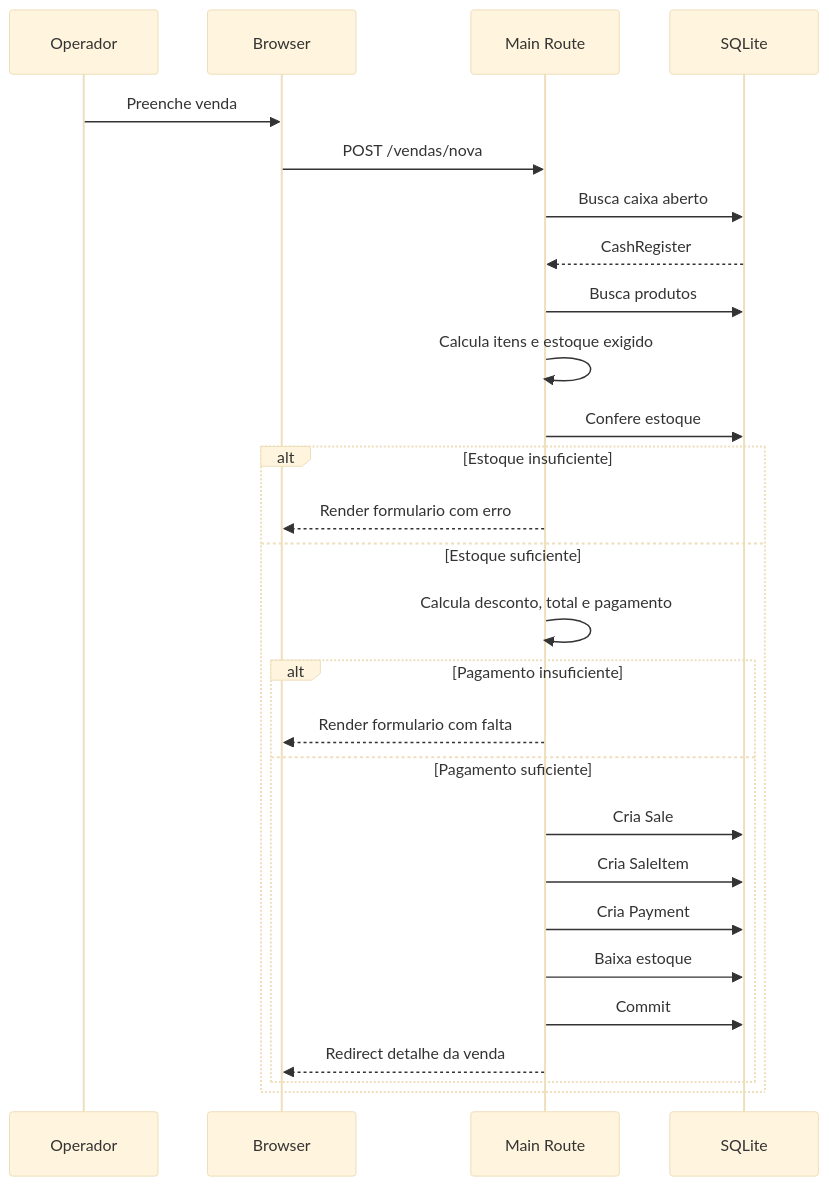
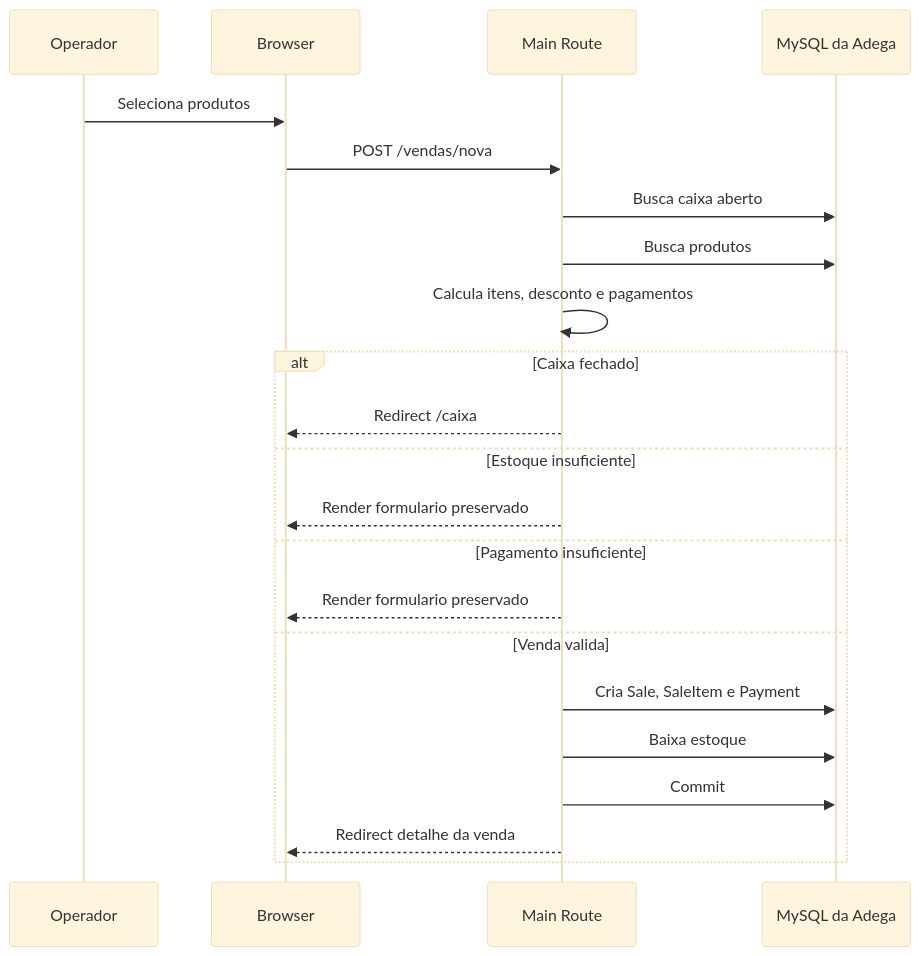
One commit to RafaelBG7/pdv2026 changed the third of 6 diagrams in docs/20-diagrama-sequencia.md. Above: the diagram before and after it, drawn with Mermaid (base theme). The commit also changed other lines of this file and 82 other files, not shown here.

````diff
--- a/docs/20-diagrama-sequencia.md
+++ b/docs/20-diagrama-sequencia.md
@@ -26,29 +49,24 @@
 ```mermaid
 sequenceDiagram
     participant U as Operador
     participant B as Browser
     participant R as Main Route
-    participant DB as SQLite
-    U->>B: Preenche venda
+    participant D as MySQL da Adega
+    U->>B: Seleciona produtos
     B->>R: POST /vendas/nova
-    R->>DB: Busca caixa aberto
-    DB-->>R: CashRegister
-    R->>DB: Busca produtos
-    R->>R: Calcula itens e estoque exigido
-    R->>DB: Confere estoque
-    alt Estoque insuficiente
-        R-->>B: Render formulario com erro
-    else Estoque suficiente
-        R->>R: Calcula desconto, total e pagamento
-        alt Pagamento insuficiente
-            R-->>B: Render formulario com falta
-        else Pagamento suficiente
-            R->>DB: Cria Sale
-            R->>DB: Cria SaleItem
-            R->>DB: Cria Payment
-            R->>DB: Baixa estoque
-            R->>DB: Commit
-            R-->>B: Redirect detalhe da venda
-        end
+    R->>D: Busca caixa aberto
+    R->>D: Busca produtos
+    R->>R: Calcula itens, desconto e pagamentos
+    alt Caixa fechado
+        R-->>B: Redirect /caixa
+    else Estoque insuficiente
+        R-->>B: Render formulario preservado
+    else Pagamento insuficiente
+        R-->>B: Render formulario preservado
+    else Venda valida
+        R->>D: Cria Sale, SaleItem e Payment
+        R->>D: Baixa estoque
+        R->>D: Commit
+        R-->>B: Redirect detalhe da venda
     end
 ```
````
